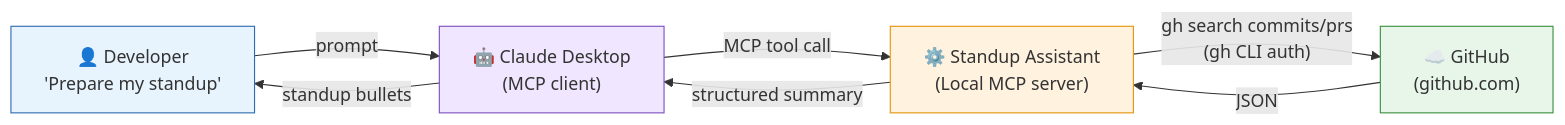
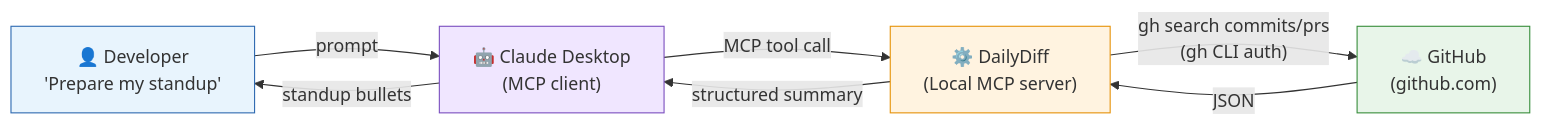
Before and after one commit to bhismalilly/DailyDiff: the diagram in README.md, drawn with Mermaid. The commit also changed other lines of this file, not shown here.

````diff
--- a/README.md
+++ b/README.md
@@ -22,14 +22,14 @@
 ```mermaid
 flowchart LR
     A["👤 Developer<br/>'Prepare my standup'"] -->|prompt| B["🤖 Claude Desktop<br/>(MCP client)"]
-    B -->|MCP tool call| C["⚙️ Standup Assistant<br/>(Local MCP server)"]
+    B -->|MCP tool call| C["⚙️ DailyDiff<br/>(Local MCP server)"]
     C -->|"gh search commits/prs<br/>(gh CLI auth)"| D["☁️ GitHub<br/>(github.com)"]
     D -->|JSON| C
     C -->|structured summary| B
     B -->|"standup bullets"| A
 
     style A fill:#E8F4FD,stroke:#2E6AB1,color:#333
     style B fill:#F0E6FF,stroke:#7B4FBF,color:#333
     style C fill:#FFF3E0,stroke:#E6930A,color:#333
     style D fill:#E8F5E9,stroke:#388E3C,color:#333
 ```
````
